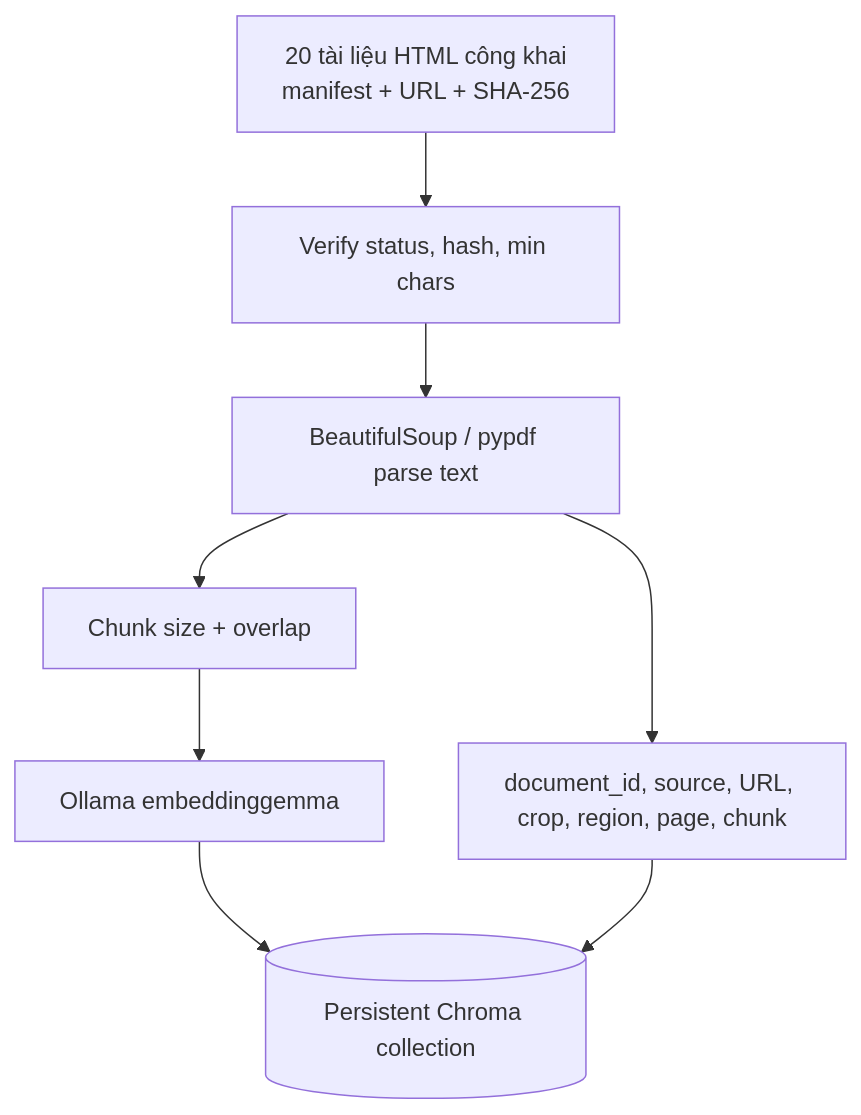
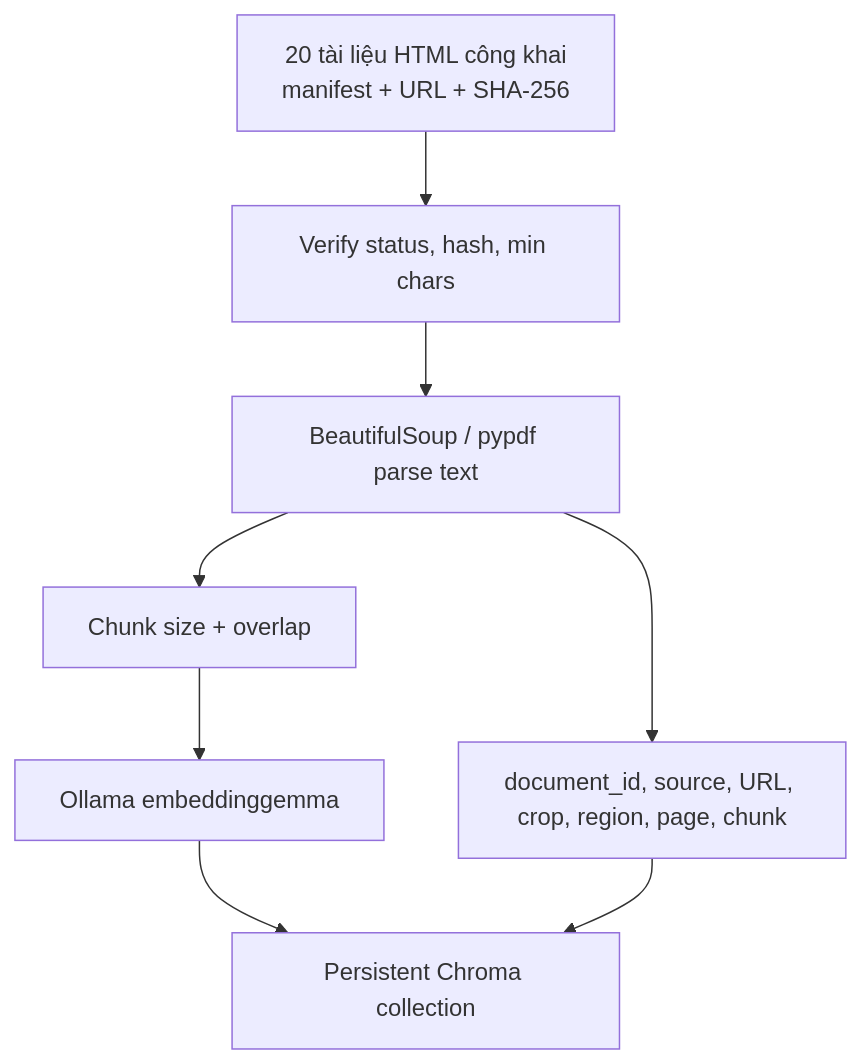
The seventh of 9 diagrams in README.md (QuangTapcode/AI-Agriculture), drawn with Mermaid before and after one commit. The commit also changed other lines of this file, not shown here.

Commit message:
fix(docs): make README diagrams GitHub-compatible

```diff
--- a/README.md
+++ b/README.md
@@ -161,10 +161,10 @@
 ~~~mermaid
 flowchart TD
-    Sources[20 tài liệu HTML công khai<br/>manifest + URL + SHA-256] --> Verify[Verify status, hash, min chars]
-    Verify --> Parse[BeautifulSoup / pypdf parse text]
-    Parse --> Chunk[Chunk size + overlap]
-    Chunk --> Embed[Ollama embeddinggemma]
-    Embed --> Chroma[(Persistent Chroma collection)]
-    Parse --> Metadata[document_id, source, URL, crop, region, page, chunk]
+    Sources["20 tài liệu HTML công khai<br/>manifest + URL + SHA-256"] --> Verify["Verify status, hash, min chars"]
+    Verify --> Parse["BeautifulSoup / pypdf parse text"]
+    Parse --> Chunk["Chunk size + overlap"]
+    Chunk --> Embed["Ollama embeddinggemma"]
+    Embed --> Chroma["Persistent Chroma collection"]
+    Parse --> Metadata["document_id, source, URL, crop, region, page, chunk"]
     Metadata --> Chroma
 ~~~
```
